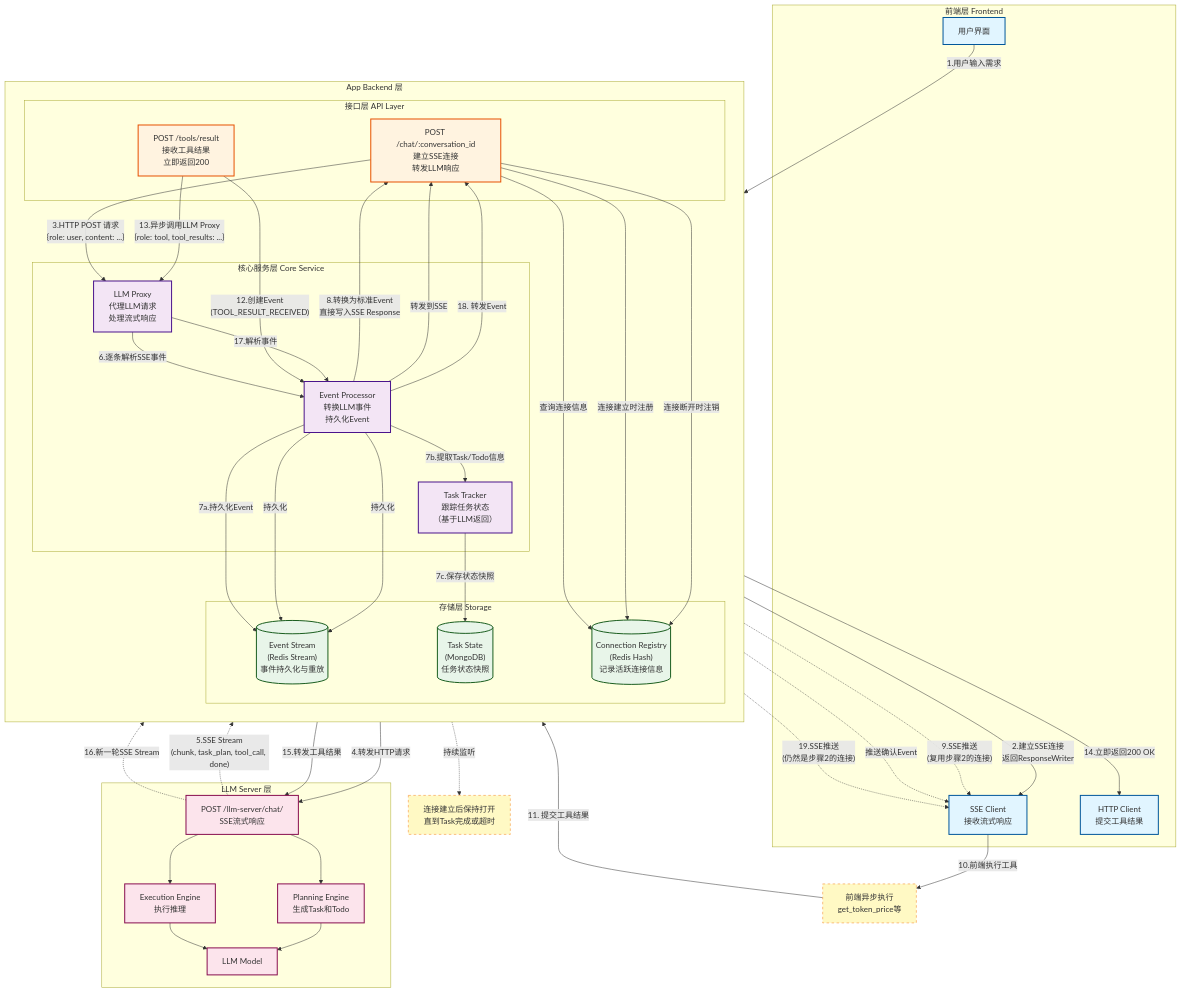
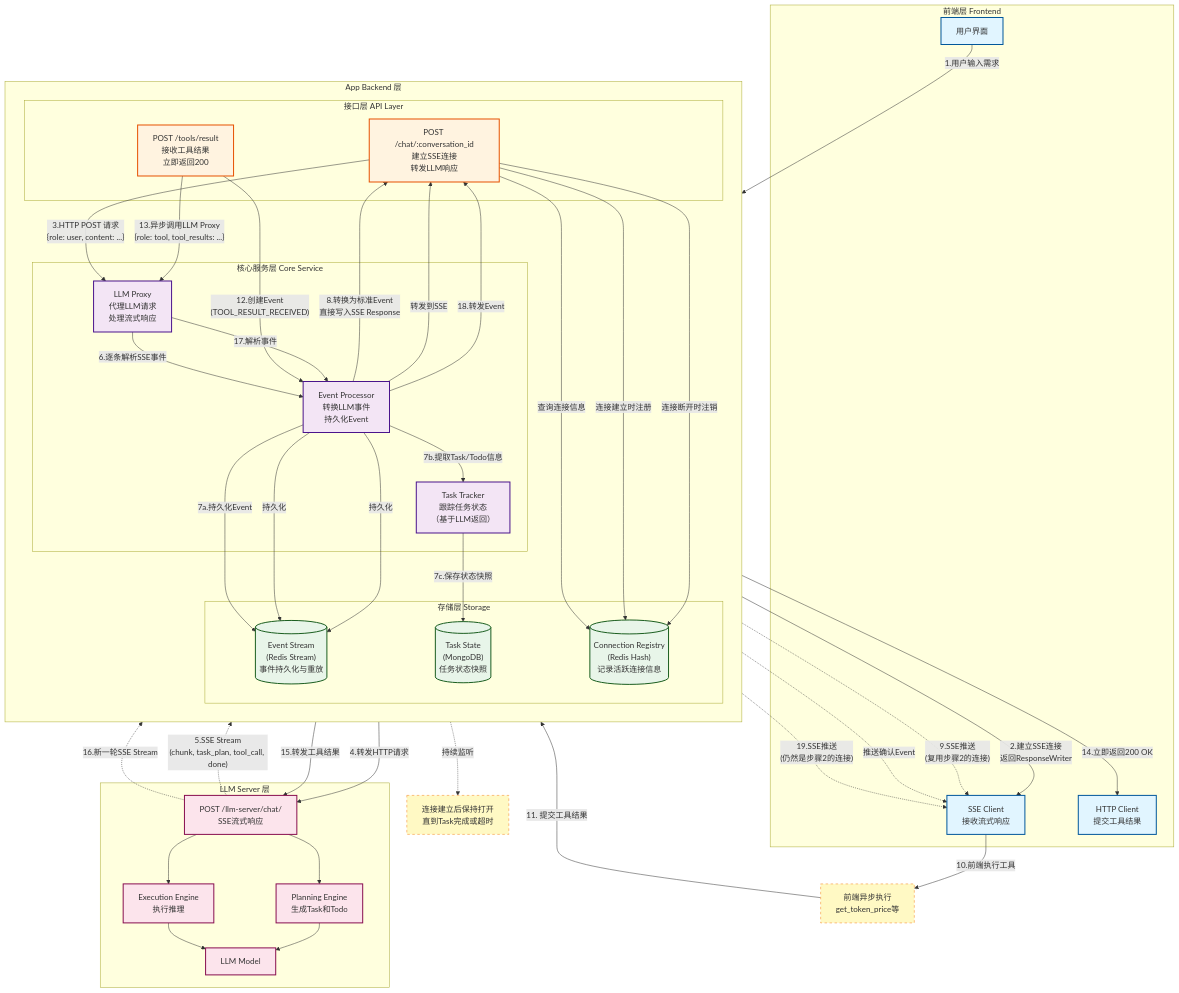
The diagram in all/未命名-10.md (yingjianzh/iodraw-files), drawn with Mermaid before and after one commit.

Commit message:
2025-12-22 15:26:06 update

```diff
--- a/all/未命名-10.md
+++ b/all/未命名-10.md
@@ -72,7 +72,7 @@
     LLM_API -.->|"16.新一轮SSE Stream"| LLM_Proxy
     LLM_Proxy -->|"17.解析事件"| Event_Processor
     Event_Processor -->|"持久化"| Event_Stream
-    Event_Processor -->|"18. 转发Event"| Chat_API
+    Event_Processor -->|"18.转发Event"| Chat_API
     Chat_API -.->|"19.SSE推送<br/>(仍然是步骤2的连接)"| SSE_Client
     
     %% ===== 内部依赖 =====
```
